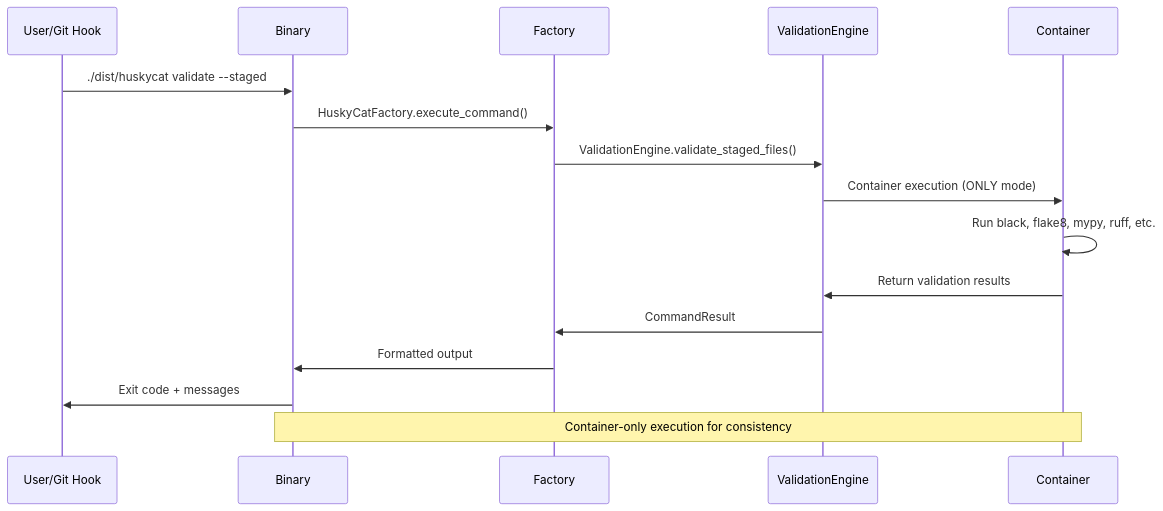
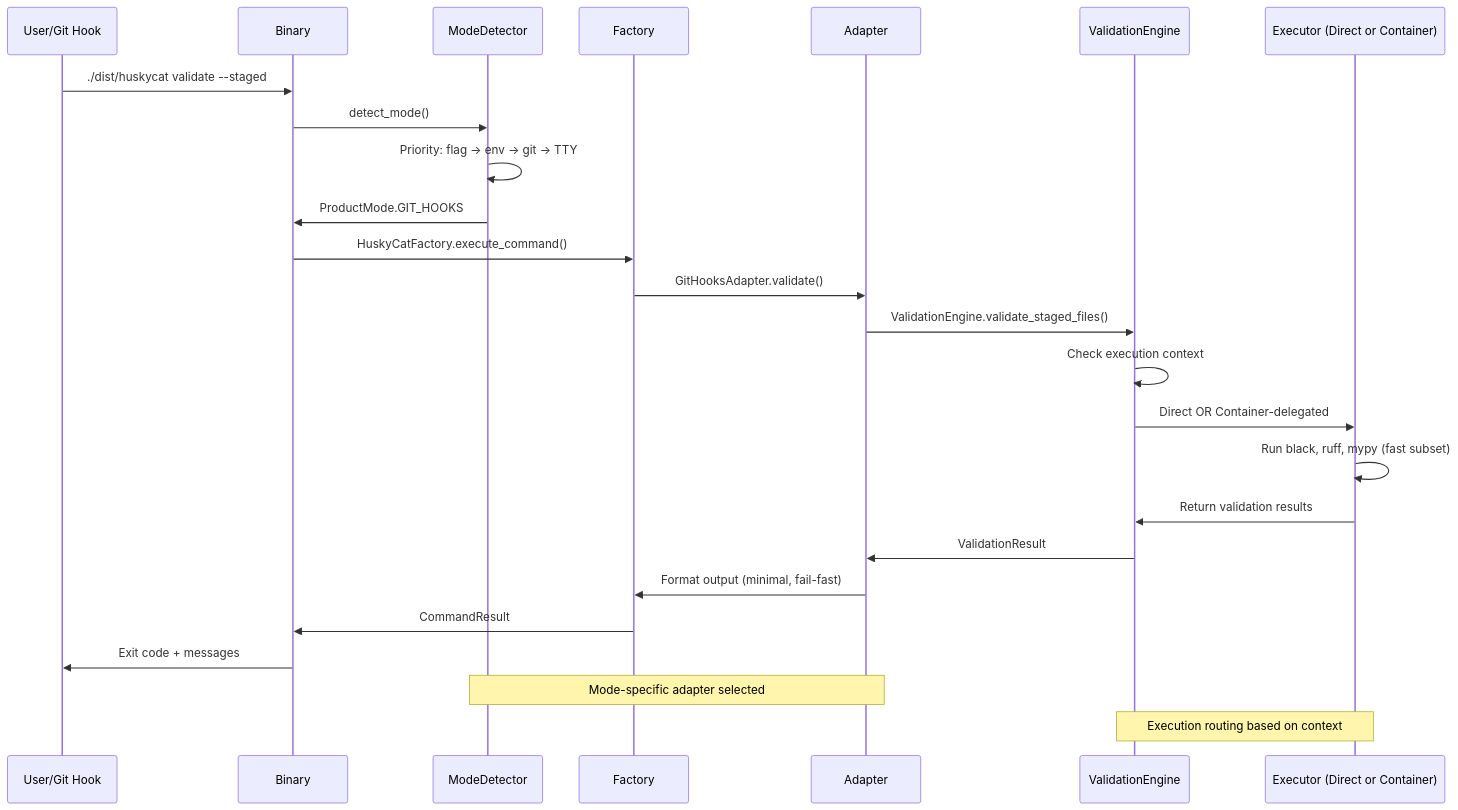
Before and after one commit to Jesssullivan/tinyland-huskycat: the second of 2 diagrams in README.md, drawn with Mermaid. The commit also changed other lines of this file, not shown here.

````diff
--- a/README.md
+++ b/README.md
@@ -235,20 +328,29 @@
-```mermaid  
+```mermaid
 sequenceDiagram
     participant U as User/Git Hook
     participant B as Binary
+    participant D as ModeDetector
     participant F as Factory
+    participant A as Adapter
     participant V as ValidationEngine
-    participant C as Container
-    
+    participant E as Executor (Direct or Container)
+
     U->>B: ./dist/huskycat validate --staged
+    B->>D: detect_mode()
+    D->>D: Priority: flag → env → git → TTY
+    D->>B: ProductMode.GIT_HOOKS
     B->>F: HuskyCatFactory.execute_command()
-    F->>V: ValidationEngine.validate_staged_files()
-    V->>C: Container execution (ONLY mode)
-    C->>C: Run black, flake8, mypy, ruff, etc.
-    C->>V: Return validation results
-    V->>F: CommandResult
-    F->>B: Formatted output
+    F->>A: GitHooksAdapter.validate()
+    A->>V: ValidationEngine.validate_staged_files()
+    V->>V: Check execution context
+    V->>E: Direct OR Container-delegated
+    E->>E: Run black, ruff, mypy (fast subset)
+    E->>V: Return validation results
+    V->>A: ValidationResult
+    A->>F: Format output (minimal, fail-fast)
+    F->>B: CommandResult
     B->>U: Exit code + messages
-    
-    Note over B,C: Container-only execution for consistency
+
+    Note over D,A: Mode-specific adapter selected
+    Note over V,E: Execution routing based on context
 ```
````
